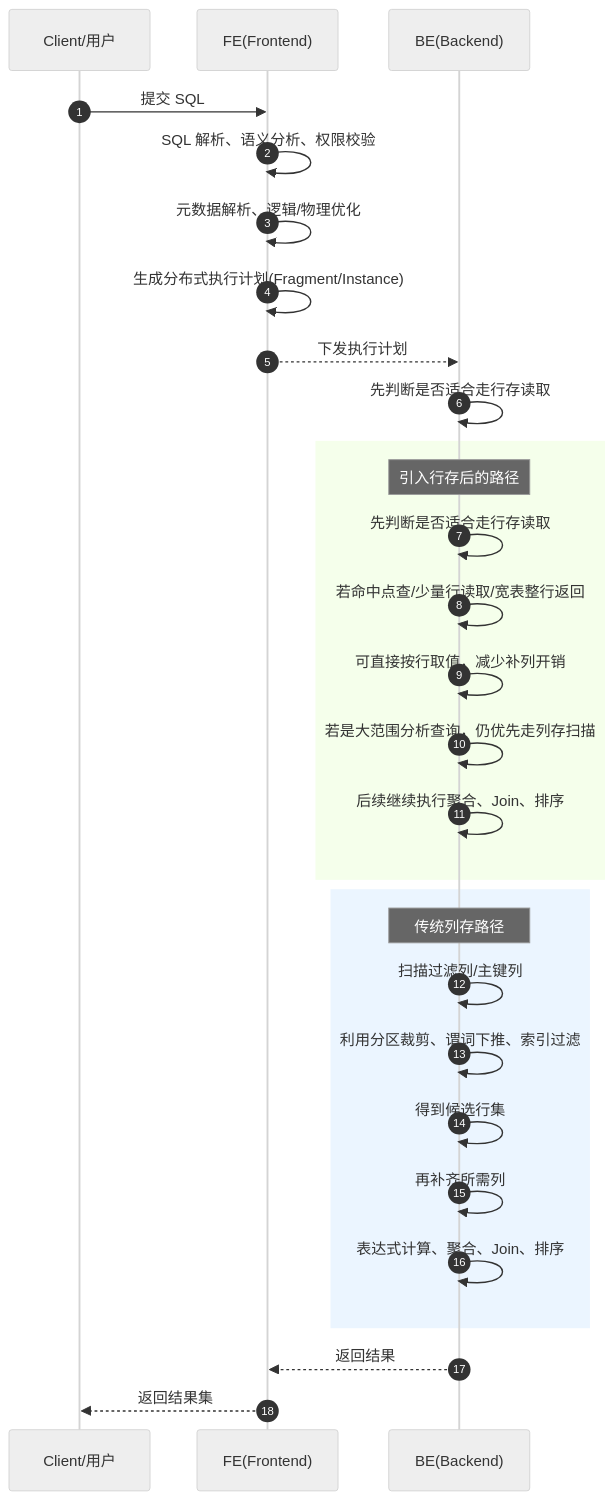
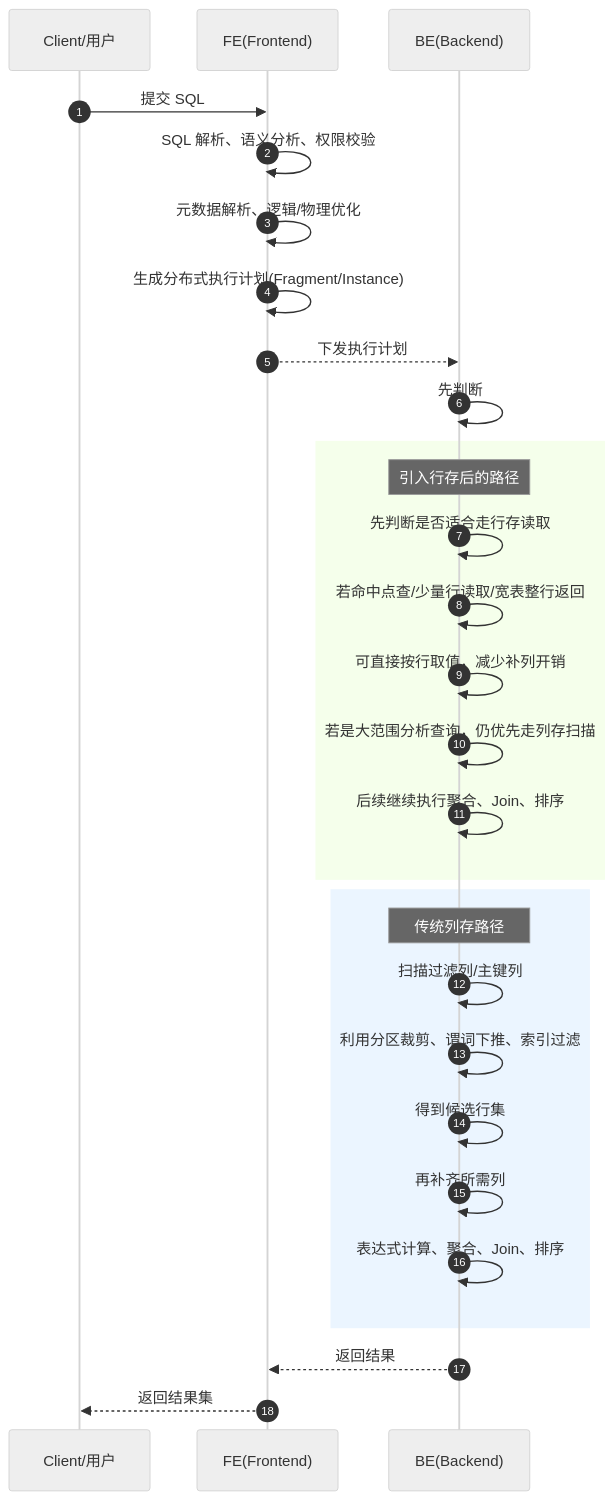
Before and after one commit to HY-10-8/iodraw-files: the diagram in all/未命名-4.md, drawn with Mermaid (neutral theme).

Commit message:
2026-04-22 17:36:57 update

````diff
--- a/all/未命名-4.md
+++ b/all/未命名-4.md
@@ -1,47 +1,47 @@
 ```mermaid
 sequenceDiagram
     autonumber
 
     participant Client as Client/用户
     participant FE as FE(Frontend)
     participant BE as BE(Backend)
     
     Client->>FE: 提交 SQL
     FE->>FE: SQL 解析、语义分析、权限校验
     FE->>FE: 元数据解析、逻辑/物理优化
     FE->>FE: 生成分布式执行计划(Fragment/Instance)
     FE-->>BE: 下发执行计划
-    
-        BE->>BE: 先判断是否适合走行存读取
+
+    BE->>BE: 先判断
 
     rect rgb(245,255,235)
         Note over BE: 引入行存后的路径
         BE->>BE: 先判断是否适合走行存读取
         BE->>BE: 若命中点查/少量行读取/宽表整行返回
         BE->>BE: 可直接按行取值，减少补列开销
         BE->>BE: 若是大范围分析查询，仍优先走列存扫描
         BE->>BE: 后续继续执行聚合、Join、排序
     end
 
 
     rect rgb(235,245,255)
         Note over BE: 传统列存路径
         BE->>BE: 扫描过滤列/主键列
         BE->>BE: 利用分区裁剪、谓词下推、索引过滤
         BE->>BE: 得到候选行集
         BE->>BE: 再补齐所需列
         BE->>BE: 表达式计算、聚合、Join、排序
     end
 
     BE-->>FE: 返回结果
     FE-->>Client: 返回结果集
 
 
 
 
 
 
 
 
 
 ```
````
